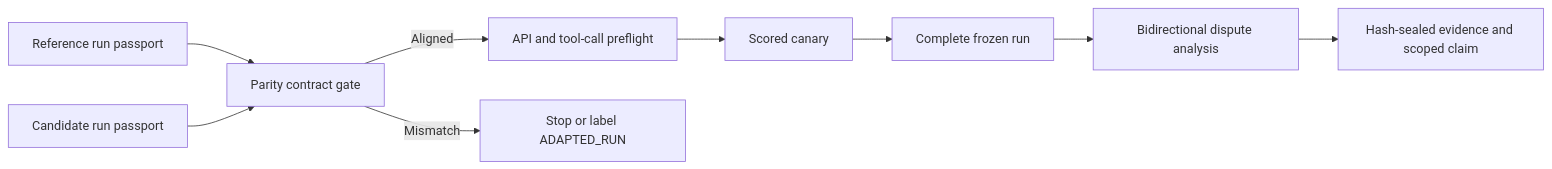
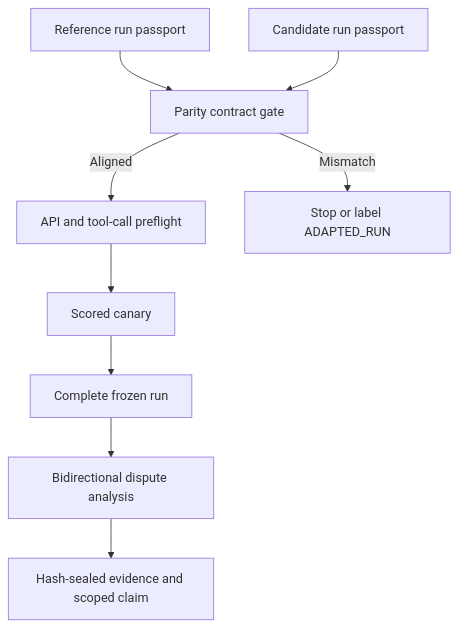
One commit to david-xinyuwei/david-share changed the second of 4 diagrams in Deep-Learning/OSS-Model-SWE-bench-Evaluation-Playbook/README.md. Above: the diagram before and after it, drawn with Mermaid. The commit also changed other lines of this file and 17 other files, not shown here.

````diff
--- a/Deep-Learning/OSS-Model-SWE-bench-Evaluation-Playbook/README.md
+++ b/Deep-Learning/OSS-Model-SWE-bench-Evaluation-Playbook/README.md
@@ -150,11 +170,11 @@
 ```mermaid
-flowchart LR
+flowchart TB
     R[Reference run passport] --> P[Parity contract gate]
     C[Candidate run passport] --> P
     P -->|Aligned| A[API and tool-call preflight]
     P -->|Mismatch| X[Stop or label ADAPTED_RUN]
     A --> S[Scored canary]
     S --> F[Complete frozen run]
     F --> D[Bidirectional dispute analysis]
     D --> E[Hash-sealed evidence and scoped claim]
 ```
````
